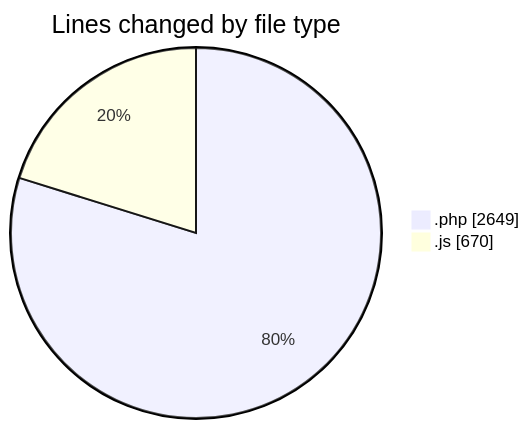
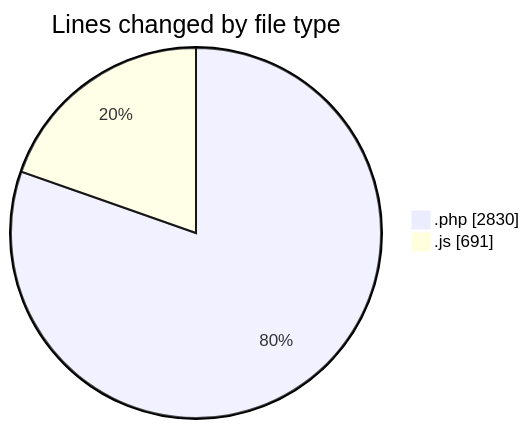
The first of 2 diagrams in 2026-10-20/untitled__workspace_/README.md (debugP/code-tracking), drawn with Mermaid before and after one commit. The commit also changed other lines of this file and 1 other file, not shown here.

````diff
--- a/2026-10-20/untitled__workspace_/README.md
+++ b/2026-10-20/untitled__workspace_/README.md
@@ -21,6 +21,6 @@
 ```mermaid
 pie showData
 title Lines changed by file type
-".php" : 2649
-".js" : 670
+".php" : 2830
+".js" : 691
 ```
````
